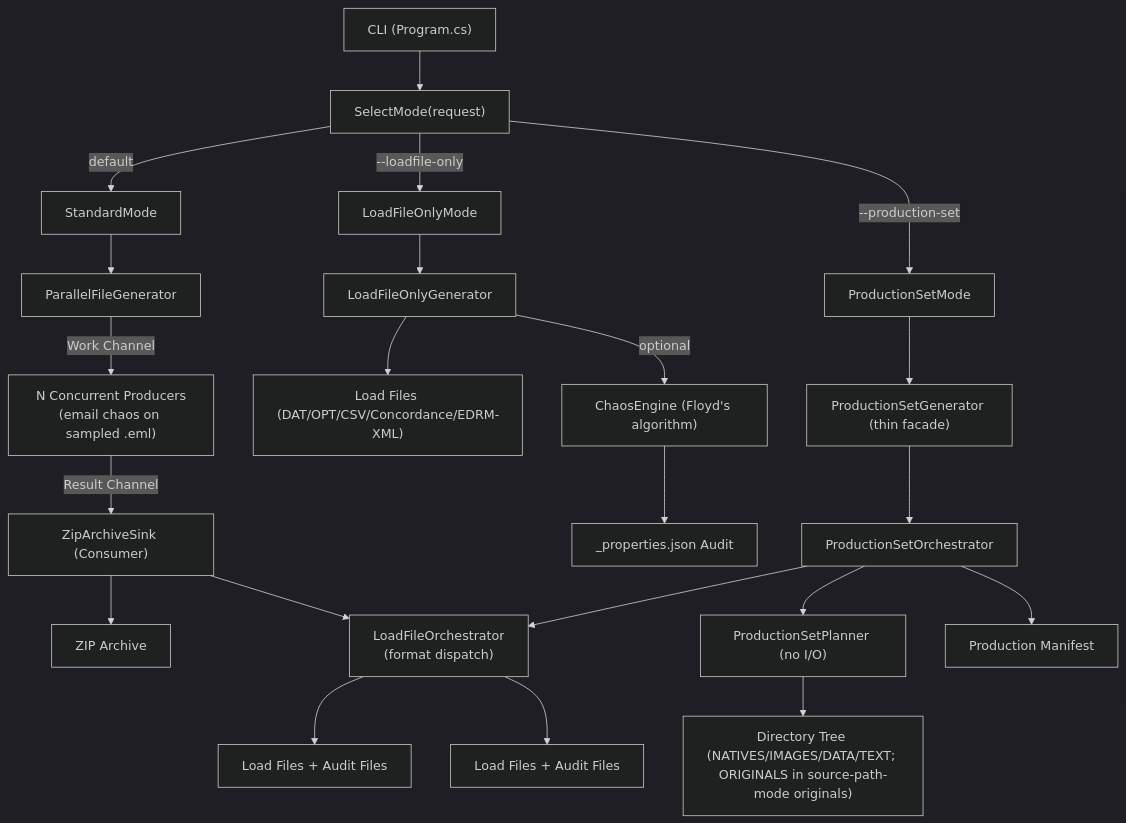
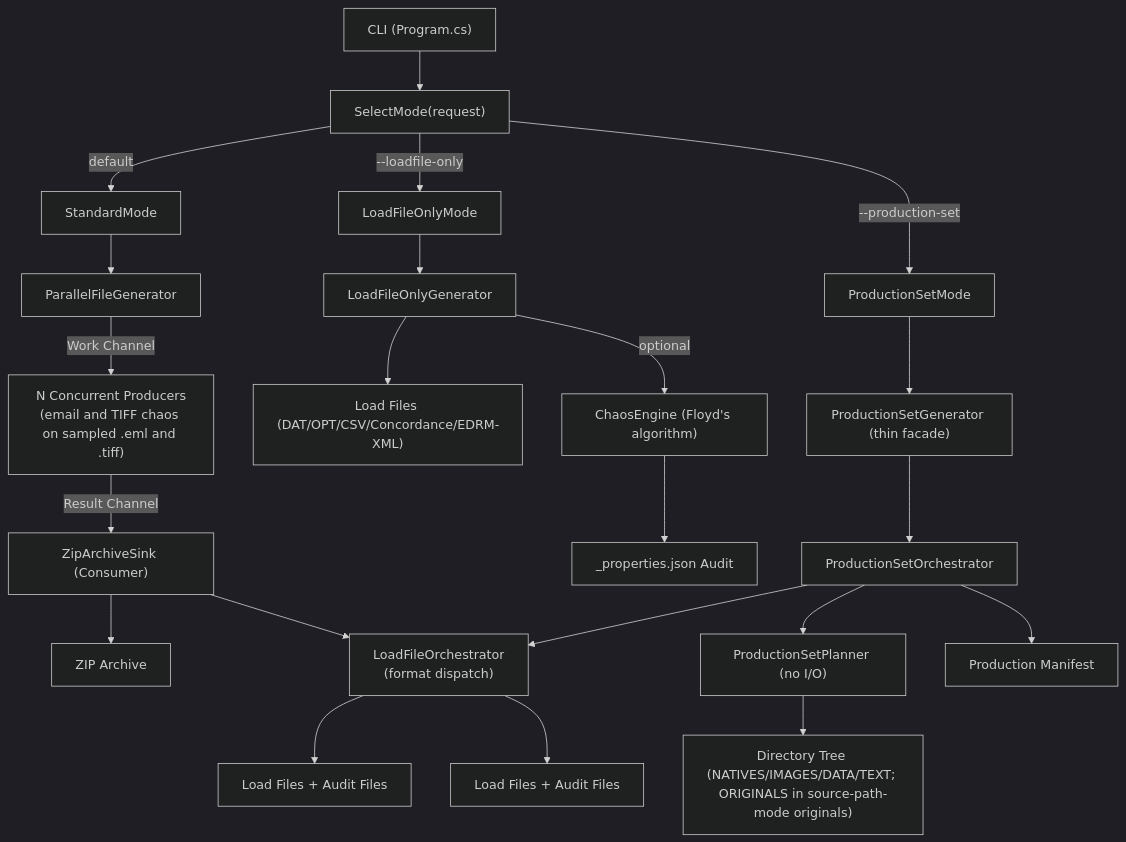
The first of 3 diagrams in docs/architecture.md (dwojtaszek/zipper), drawn with Mermaid (dark theme) before and after one commit. The commit also changed other lines of this file and 37 other files, not shown here.

First line of the commit message:
feat(tiff): byte-order conformance and malformed-tag chaos types (#1302) (#1407)

````diff
--- a/docs/architecture.md
+++ b/docs/architecture.md
@@ -46,28 +46,28 @@
 ```mermaid
 graph TD
     CLI["CLI (Program.cs)"]
     CLI --> SelectMode["SelectMode(request)"]
     SelectMode -->|"default"| StandardMode["StandardMode"]
     SelectMode -->|"--loadfile-only"| LoadFileOnlyMode["LoadFileOnlyMode"]
     SelectMode -->|"--production-set"| ProductionSetMode["ProductionSetMode"]
 
     StandardMode --> PFG["ParallelFileGenerator"]
-    PFG -->|"Work Channel"| Producers["N Concurrent Producers<br/>(email chaos on sampled .eml)"]
+    PFG -->|"Work Channel"| Producers["N Concurrent Producers<br/>(email and TIFF chaos on sampled .eml and .tiff)"]
     Producers -->|"Result Channel"| ZAS["ZipArchiveSink (Consumer)"]
     ZAS --> ZIP["ZIP Archive"]
     ZAS --> LFO["LoadFileOrchestrator<br/>(format dispatch)"]
     LFO --> LF1["Load Files + Audit Files"]
 
     LoadFileOnlyMode --> LOG["LoadFileOnlyGenerator"]
     LOG --> LF2["Load Files (DAT/OPT/CSV/Concordance/EDRM-XML)"]
     LOG -->|"optional"| Chaos["ChaosEngine (Floyd's algorithm)"]
     Chaos --> Audit["_properties.json Audit"]
 
     ProductionSetMode --> PSG["ProductionSetGenerator (thin facade)"]
     PSG --> PSO["ProductionSetOrchestrator"]
     PSO --> PSP["ProductionSetPlanner (no I/O)"]
     PSP --> Tree["Directory Tree (NATIVES/IMAGES/DATA/TEXT; ORIGINALS in source-path-mode originals)"]
     PSO --> LFO
     LFO --> LF3["Load Files + Audit Files"]
     PSO --> Manifest["Production Manifest"]
 ```
````
